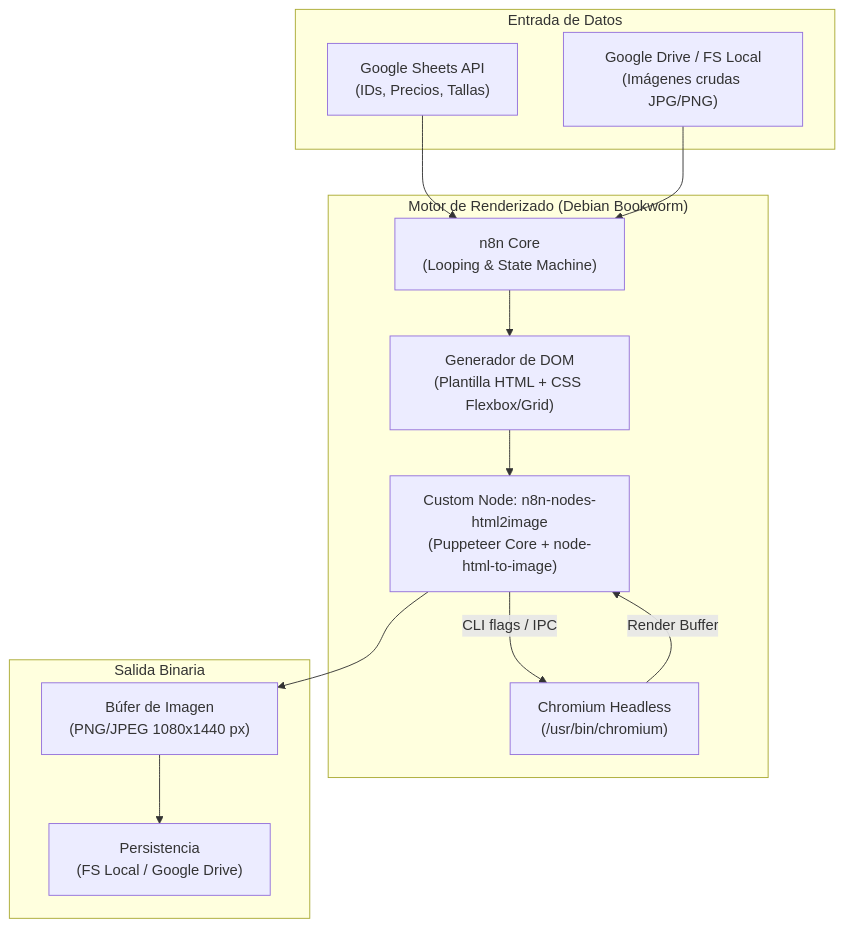
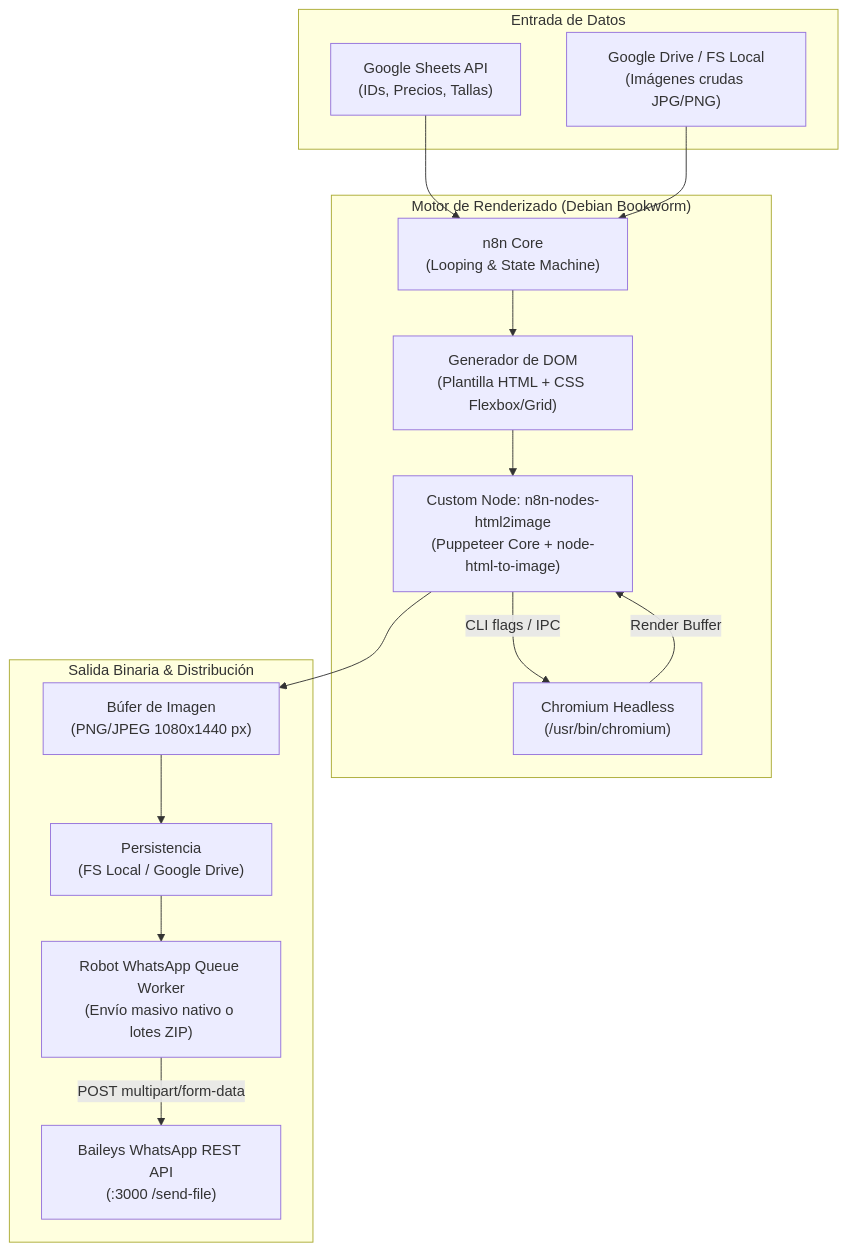
The diagram in README.md (RoadenSpirit/CATALOGO-CREATOR), drawn with Mermaid before and after one commit. The commit also changed other lines of this file and 2 other files, not shown here.

Commit message:
feat: integrate Robot WhatsApp Queue Worker flow and document delivery pipeline in README

````diff
--- a/README.md
+++ b/README.md
@@ -9,28 +9,32 @@
 ```mermaid
 flowchart TD
     subgraph Input["Entrada de Datos"]
         GS["Google Sheets API\n(IDs, Precios, Tallas)"]
         GD["Google Drive / FS Local\n(Imágenes crudas JPG/PNG)"]
     end
 
     subgraph Core["Motor de Renderizado (Debian Bookworm)"]
         N8N["n8n Core\n(Looping & State Machine)"]
         HTMLGen["Generador de DOM\n(Plantilla HTML + CSS Flexbox/Grid)"]
         NodeH2I["Custom Node: n8n-nodes-html2image\n(Puppeteer Core + node-html-to-image)"]
         Chromium["Chromium Headless\n(/usr/bin/chromium)"]
     end
 
-    subgraph Output["Salida Binaria"]
+    subgraph Output["Salida Binaria & Distribución"]
         ImgOut["Búfer de Imagen\n(PNG/JPEG 1080x1440 px)"]
         Sync["Persistencia\n(FS Local / Google Drive)"]
+        WorkerWA["Robot WhatsApp Queue Worker\n(Envío masivo nativo o lotes ZIP)"]
+        BaileysAPI["Baileys WhatsApp REST API\n(:3000 /send-file)"]
     end
 
     GS --> N8N
     GD --> N8N
     N8N --> HTMLGen
     HTMLGen --> NodeH2I
     NodeH2I -->|CLI flags / IPC| Chromium
     Chromium -->|Render Buffer| NodeH2I
     NodeH2I --> ImgOut
     ImgOut --> Sync
+    Sync --> WorkerWA
+    WorkerWA -->|POST multipart/form-data| BaileysAPI
 ```
````
